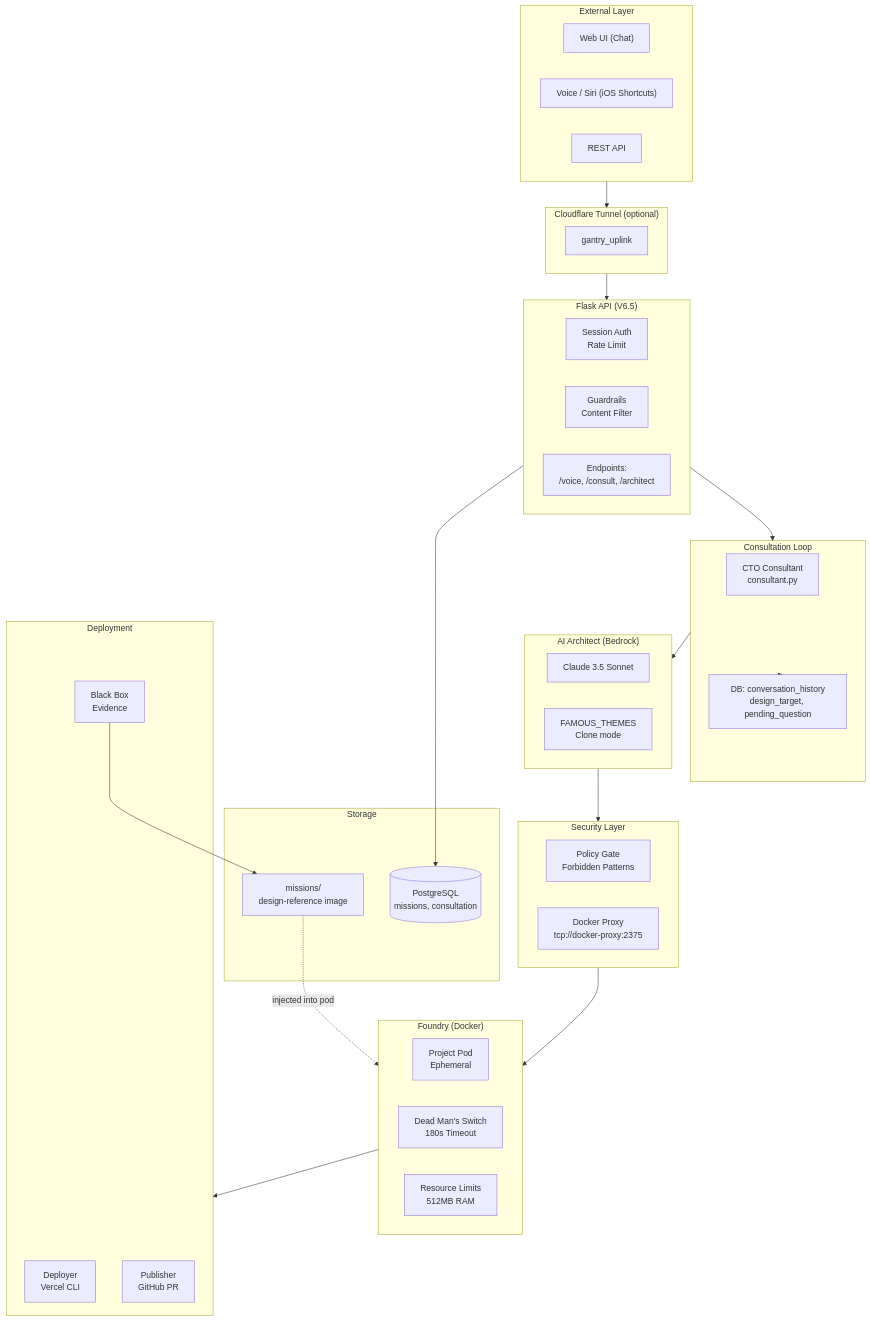
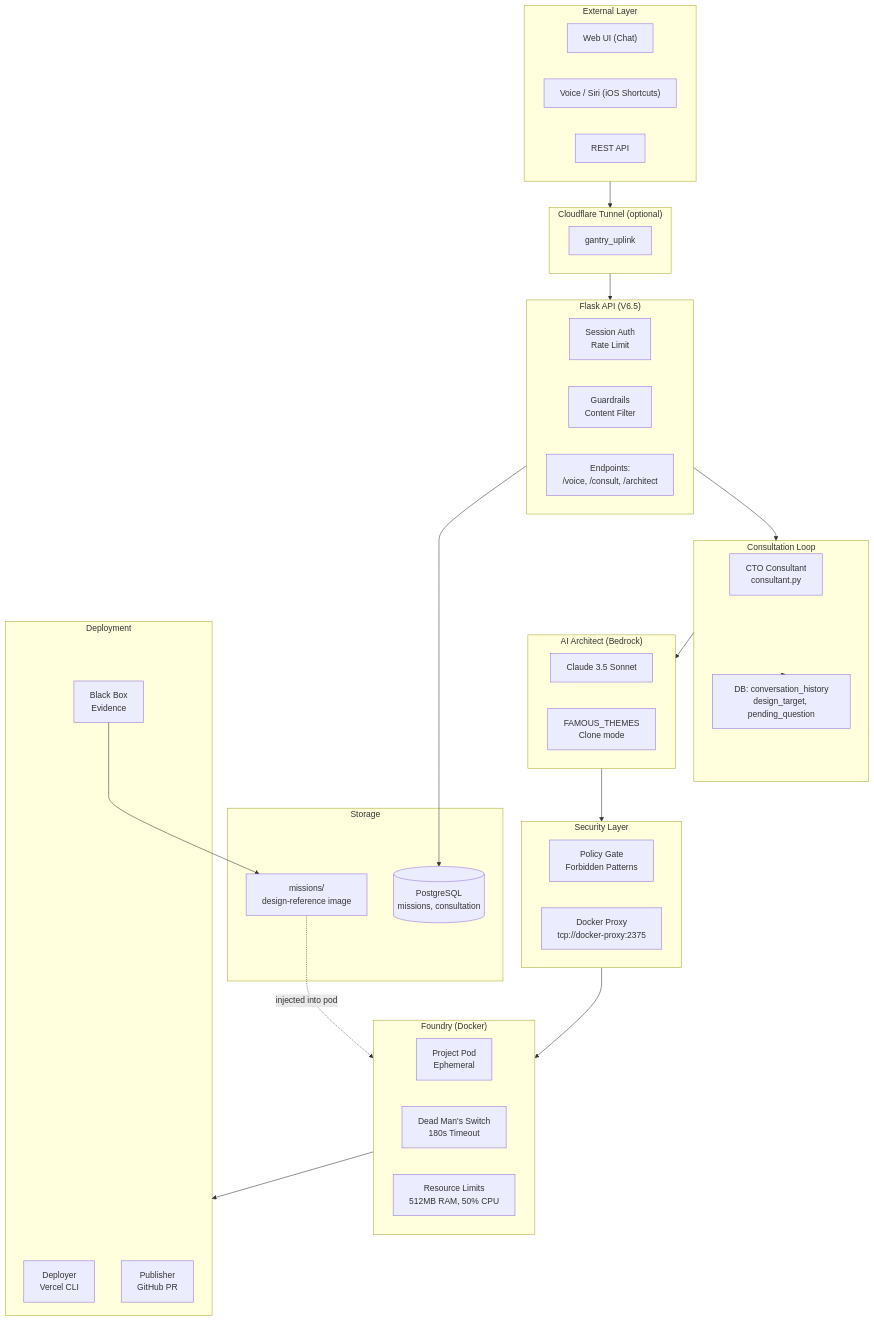
Before and after one commit to Jarvis2021/gantry: the first of 5 diagrams in ARCHITECTURE.md, drawn with Mermaid. The commit also changed other lines of this file and 1 other file, not shown here.

First line of the commit message:
docs: Update ARCHITECTURE.md with robustness features, fix cursorrules numbering

````diff
--- a/ARCHITECTURE.md
+++ b/ARCHITECTURE.md
@@ -35,61 +35,61 @@
 ```mermaid
 flowchart TB
     subgraph External["External Layer"]
         WebUI["Web UI (Chat)"]
         Voice["Voice / Siri (iOS Shortcuts)"]
         API["REST API"]
     end
 
     subgraph Tunnel["Cloudflare Tunnel (optional)"]
         Uplink["gantry_uplink"]
     end
 
     subgraph FlaskApp["Flask API (V6.5)"]
         Auth["Session Auth<br/>Rate Limit"]
         Guard["Guardrails<br/>Content Filter"]
         Endpoints["Endpoints:<br/>/voice, /consult, /architect"]
     end
 
     subgraph Consultation["Consultation Loop"]
         Consultant["CTO Consultant<br/>consultant.py"]
         DB_Conv["DB: conversation_history<br/>design_target, pending_question"]
     end
 
     subgraph Brain["AI Architect (Bedrock)"]
         Claude["Claude 3.5 Sonnet"]
         Themes["FAMOUS_THEMES<br/>Clone mode"]
     end
 
     subgraph Security["Security Layer"]
         Policy["Policy Gate<br/>Forbidden Patterns"]
         Proxy["Docker Proxy<br/>tcp://docker-proxy:2375"]
     end
 
     subgraph Foundry["Foundry (Docker)"]
         Pod["Project Pod<br/>Ephemeral"]
         DMS["Dead Man's Switch<br/>180s Timeout"]
-        Limits["Resource Limits<br/>512MB RAM"]
+        Limits["Resource Limits<br/>512MB RAM, 50% CPU"]
     end
 
     subgraph Deploy["Deployment"]
         Vercel["Deployer<br/>Vercel CLI"]
         GitHub["Publisher<br/>GitHub PR"]
         BB["Black Box<br/>Evidence"]
     end
 
     subgraph Storage["Storage"]
         DB[(PostgreSQL<br/>missions, consultation)]
         Missions["missions/<br/>design-reference image"]
     end
 
     External --> Tunnel
     Tunnel --> FlaskApp
     FlaskApp --> Consultation
     Consultation --> DB_Conv
     Consultation --> Brain
     Brain --> Security --> Foundry
     Foundry --> Deploy
     FlaskApp --> DB
     BB --> Missions
     Missions -.->|"injected into pod"| Foundry
 ```
````
